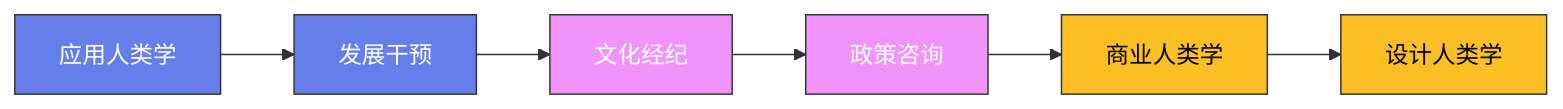
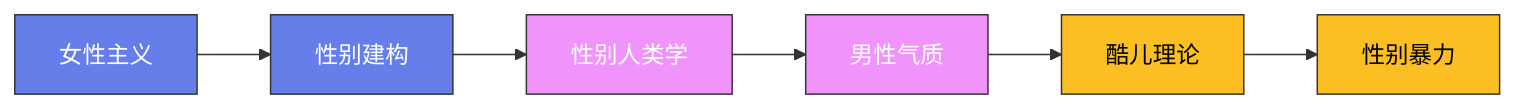
The diagram in content/posts/ModelCreate/人类学/17-中国人类学.md (Fengur/Fengur.github.io), drawn with Mermaid before and after one commit. The commit also changed other lines of this file and 118 other files, not shown here.

````diff
--- a/content/posts/ModelCreate/人类学/17-中国人类学.md
+++ b/content/posts/ModelCreate/人类学/17-中国人类学.md
@@ -21,16 +20,16 @@
 ```mermaid
 graph LR
-    A["应用人类学"] --> B["发展干预"]
-    B --> C["文化经纪"]
-    C --> D["政策咨询"]
-    D --> E["商业人类学"]
-    E --> F["设计人类学"]
+    A["女性主义"] --> B["性别建构"]
+    B --> C["性别人类学"]
+    C --> D["男性气质"]
+    D --> E["酷儿理论"]
+    E --> F["性别暴力"]
 
     classDef early fill:#667eea,stroke:#333,color:white
     classDef mid fill:#f093fb,stroke:#333,color:white
     classDef modern fill:#fbbf24,stroke:#333,color:black
 
     class A,B early
     class C,D mid
     class E,F modern
 ```
````
